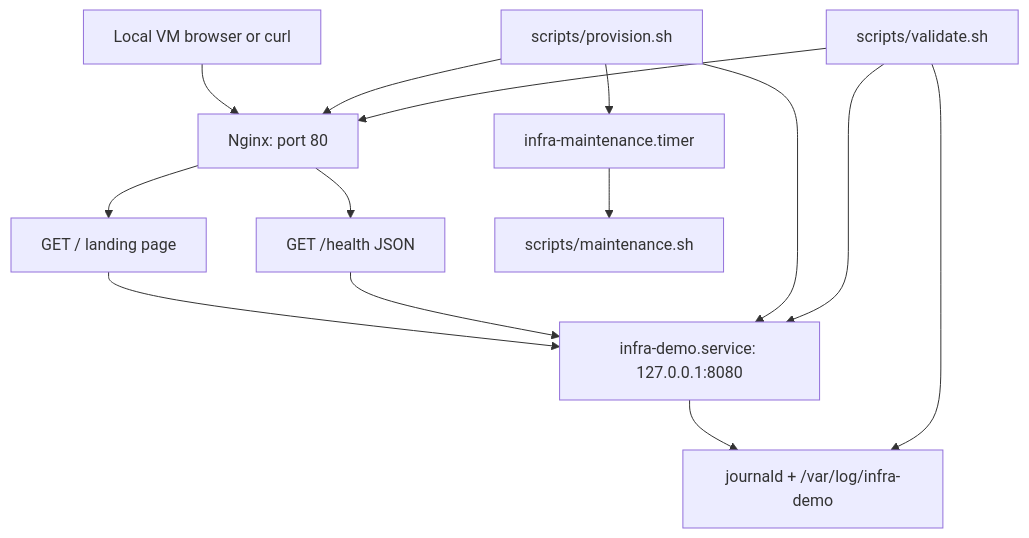
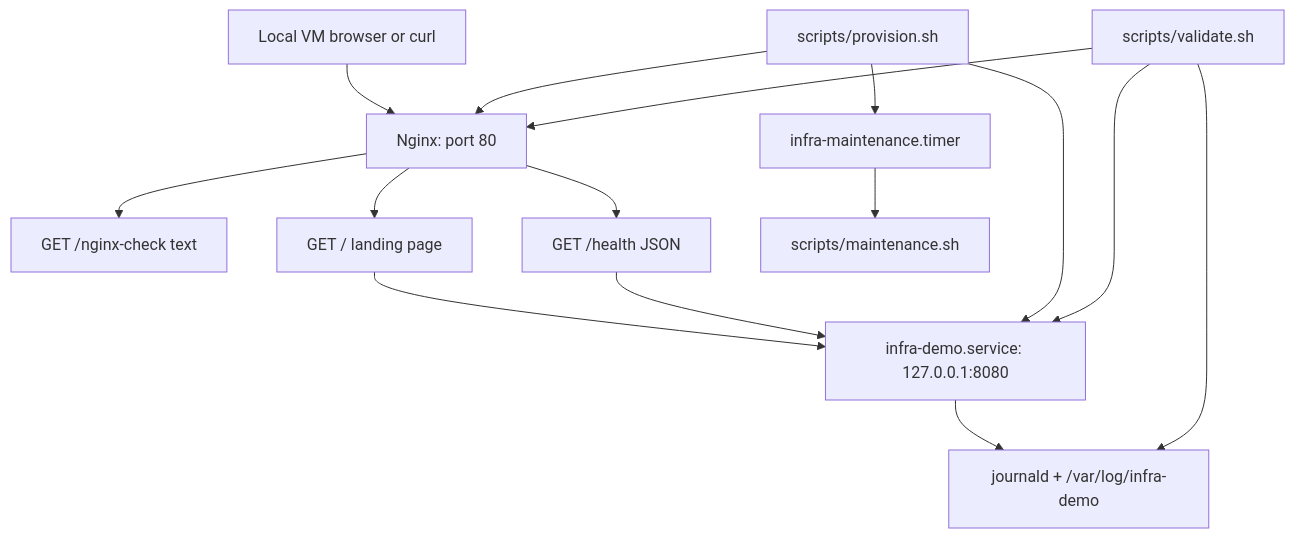
Before and after one commit to Ypsh2304/linux-infra-intern-lab: the first of 2 diagrams in README.md, drawn with Mermaid. The commit also changed other lines of this file and 3 other files, not shown here.

Commit message:
feat(nginx): add direct frontend health check endpoint

````diff
--- a/README.md
+++ b/README.md
@@ -27,16 +27,17 @@
 ```mermaid
 flowchart TD
     Client["Local VM browser or curl"] --> Nginx["Nginx: port 80"]
+    Nginx --> NginxCheck["GET /nginx-check text"]
     Nginx --> Root["GET / landing page"]
     Nginx --> Health["GET /health JSON"]
     Root --> Backend["infra-demo.service: 127.0.0.1:8080"]
     Health --> Backend
     Backend --> Logs["journald + /var/log/infra-demo"]
     Timer["infra-maintenance.timer"] --> Maintenance["scripts/maintenance.sh"]
     Provision["scripts/provision.sh"] --> Nginx
     Provision --> Backend
     Provision --> Timer
     Validate["scripts/validate.sh"] --> Nginx
     Validate --> Backend
     Validate --> Logs
 ```
````
